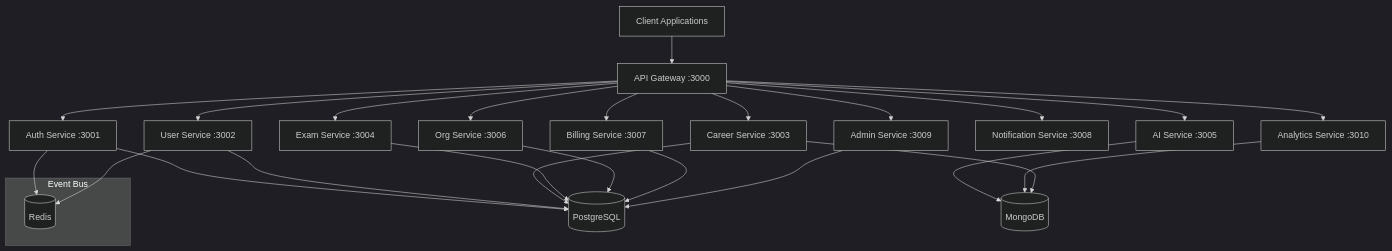
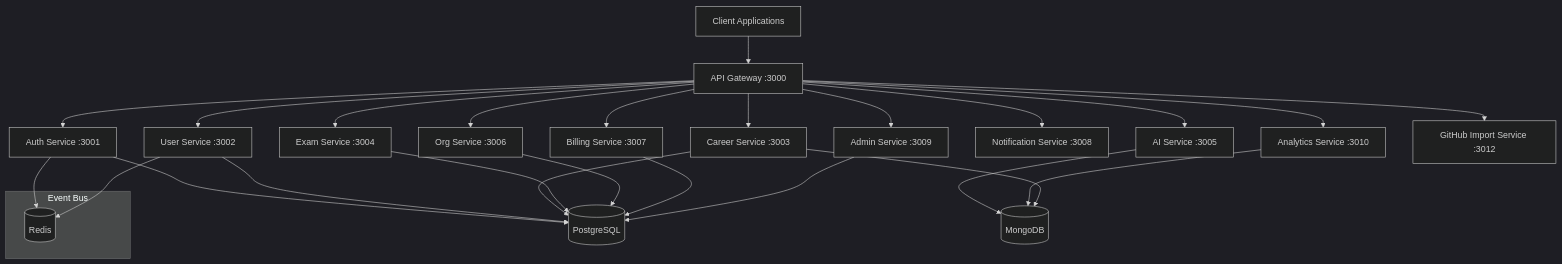
The diagram in docs/ARCHITECTURE.md (sriram806/ai-career-services), drawn with Mermaid (dark theme) before and after one commit. The commit also changed other lines of this file and 283 other files, not shown here.

````diff
--- a/docs/ARCHITECTURE.md
+++ b/docs/ARCHITECTURE.md
@@ -7,34 +7,35 @@
 ```mermaid
 graph TB
     Client[Client Applications] --> GW[API Gateway :3000]
-    
+
     GW --> Auth[Auth Service :3001]
     GW --> User[User Service :3002]
     GW --> Career[Career Service :3003]
     GW --> Exam[Exam Service :3004]
     GW --> AI[AI Service :3005]
     GW --> Org[Org Service :3006]
     GW --> Billing[Billing Service :3007]
     GW --> Notif[Notification Service :3008]
     GW --> Admin[Admin Service :3009]
     GW --> Analytics[Analytics Service :3010]
-    
+    GW --> GitHub[GitHub Import Service :3012]
+
     Auth --> PG[(PostgreSQL)]
     User --> PG
     Career --> PG
     Exam --> PG
     Org --> PG
     Billing --> PG
     Admin --> PG
-    
+
     AI --> Mongo[(MongoDB)]
     Analytics --> Mongo
     Career --> Mongo
-    
+
     Auth --> Redis[(Redis)]
     User --> Redis
-    
+
     subgraph Event Bus
         Redis
     end
 ```
````
